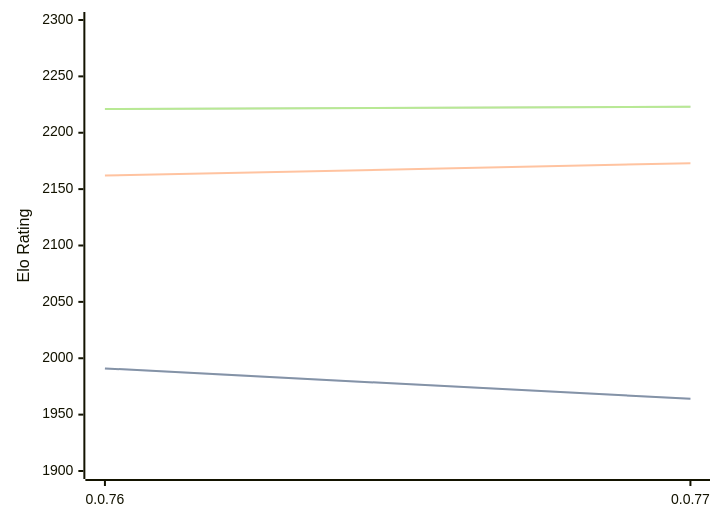
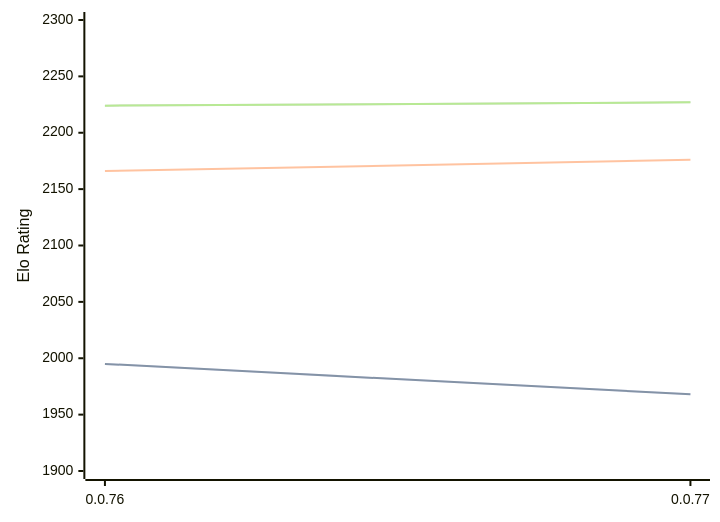
The diagram in engines/Fktb.md (computer-chess-index/cci), drawn with Mermaid before and after one commit. The commit also changed other lines of this file, not shown here.

Commit message:
Update CCI Ratings (ELO VLTC) - 2026-02-24

````diff
--- a/engines/Fktb.md
+++ b/engines/Fktb.md
@@ -29,11 +29,11 @@
 ```mermaid
 %%{init: {"theme":"base","themeVariables":{"seriesColors:['#a3a3a3','#222221','#faa371']}}}%%
 xychart-beta
   x-axis ["0.0.76", "0.0.77"]
   y-axis "Elo Rating" 1900 --> 2300
-  line "STC (8.0+0.08s)" [1991, 1964]
-  line "STC (8.0+0.08s)" [1991, 1964]
-  line "LTC (60.0+0.60s)" [2162, 2173]
-  line "VLTC (2m24s+1.12s)" [2221, 2223]
-  line "VLTC (2m24s+1.12s)" [2221, 2223]
+  line "STC (8.0+0.08s)" [1995, 1968]
+  line "STC (8.0+0.08s)" [1995, 1968]
+  line "LTC (60.0+0.60s)" [2166, 2176]
+  line "VLTC (2m24s+1.12s)" [2224, 2227]
+  line "VLTC (2m24s+1.12s)" [2224, 2227]
 ```
````
